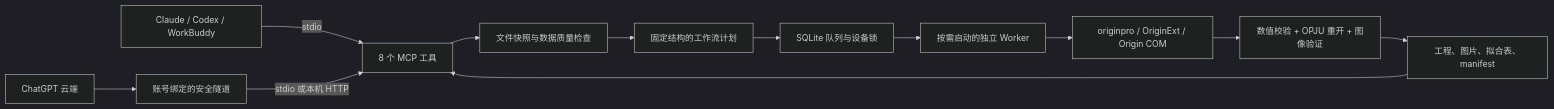
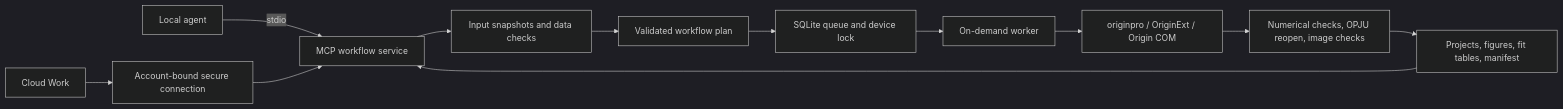
Before and after one commit to saigyujikingyo-png/origin-agent-bridge: the diagram in origin-agent/docs/ARCHITECTURE.md, drawn with Mermaid (dark theme). The commit also changed other lines of this file and 29 other files, not shown here.

````diff
--- a/origin-agent/docs/ARCHITECTURE.md
+++ b/origin-agent/docs/ARCHITECTURE.md
@@ -5,14 +5,14 @@
 ```mermaid
 flowchart LR
-  A[Claude / Codex / WorkBuddy] -->|stdio| M[8 个 MCP 工具]
-  C[ChatGPT 云端] --> T[账号绑定的安全隧道]
-  T -->|stdio 或本机 HTTP| M
-  M --> D[文件快照与数据质量检查]
-  D --> P[固定结构的工作流计划]
-  P --> Q[SQLite 队列与设备锁]
-  Q --> W[按需启动的独立 Worker]
+  A[Local agent] -->|stdio| M[MCP workflow service]
+  C[Cloud Work] --> T[Account-bound secure connection]
+  T --> M
+  M --> D[Input snapshots and data checks]
+  D --> P[Validated workflow plan]
+  P --> Q[SQLite queue and device lock]
+  Q --> W[On-demand worker]
   W --> O[originpro / OriginExt / Origin COM]
-  O --> V[数值校验 + OPJU 重开 + 图像验证]
-  V --> R[工程、图片、拟合表、manifest]
+  O --> V[Numerical checks, OPJU reopen, image checks]
+  V --> R[Projects, figures, fit tables, manifest]
   R --> M
 ```
````
